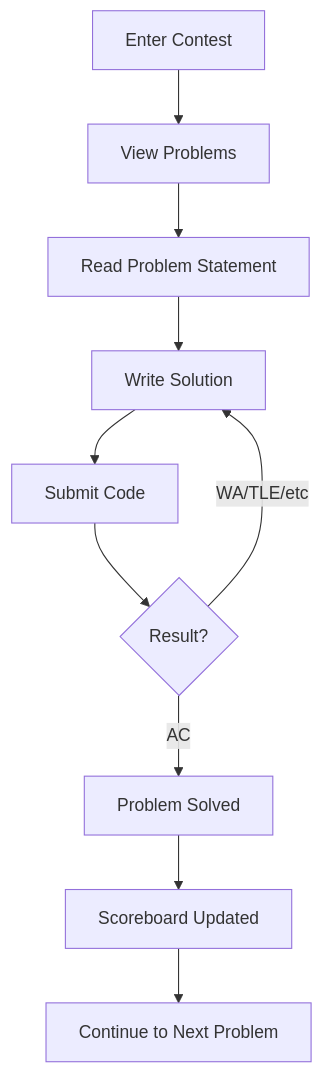
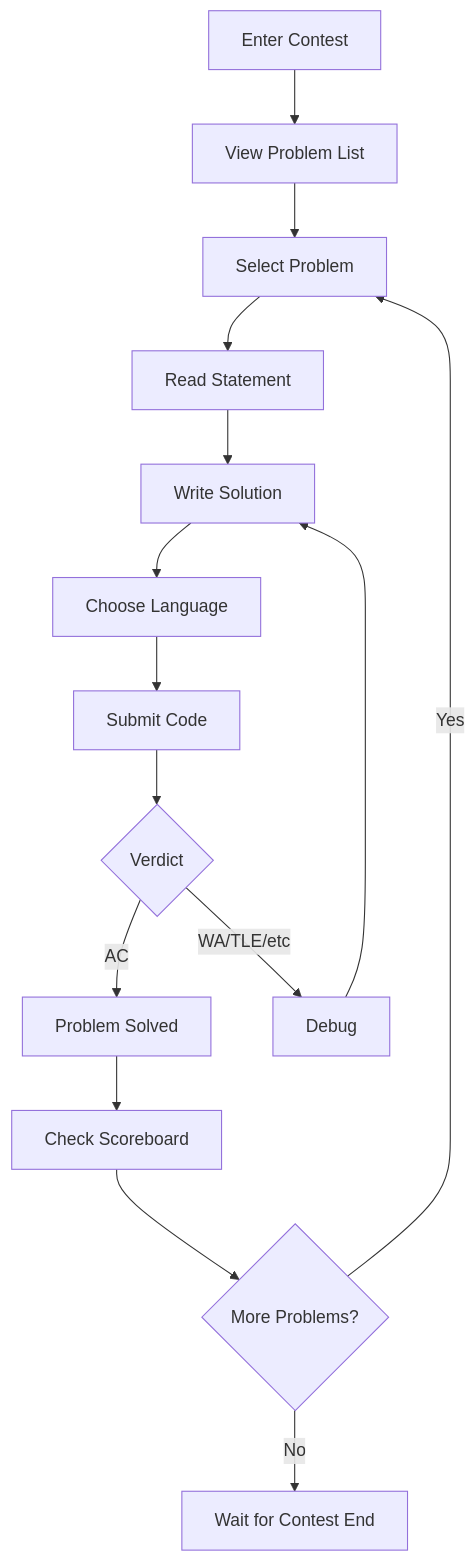
Before and after one commit to antedotee/omegaup-docs: the diagram in docs/features/arena.md, drawn with Mermaid. The commit also changed other lines of this file and 46 other files, not shown here.

````diff
--- a/docs/features/arena.md
+++ b/docs/features/arena.md
@@ -22,12 +49,17 @@
 ```mermaid
 flowchart TD
-    A[Enter Contest] --> B[View Problems]
-    B --> C[Read Problem Statement]
-    C --> D[Write Solution]
-    D --> E[Submit Code]
-    E --> F{Result?}
-    F -->|AC| G[Problem Solved]
-    F -->|WA/TLE/etc| D
-    G --> H[Scoreboard Updated]
-    H --> I[Continue to Next Problem]
+    A[Enter Contest] --> B[View Problem List]
+    B --> C[Select Problem]
+    C --> D[Read Statement]
+    D --> E[Write Solution]
+    E --> F[Choose Language]
+    F --> G[Submit Code]
+    G --> H{Verdict}
+    H -->|AC| I[Problem Solved]
+    H -->|WA/TLE/etc| J[Debug]
+    J --> E
+    I --> K[Check Scoreboard]
+    K --> L{More Problems?}
+    L -->|Yes| C
+    L -->|No| M[Wait for Contest End]
 ```
````
